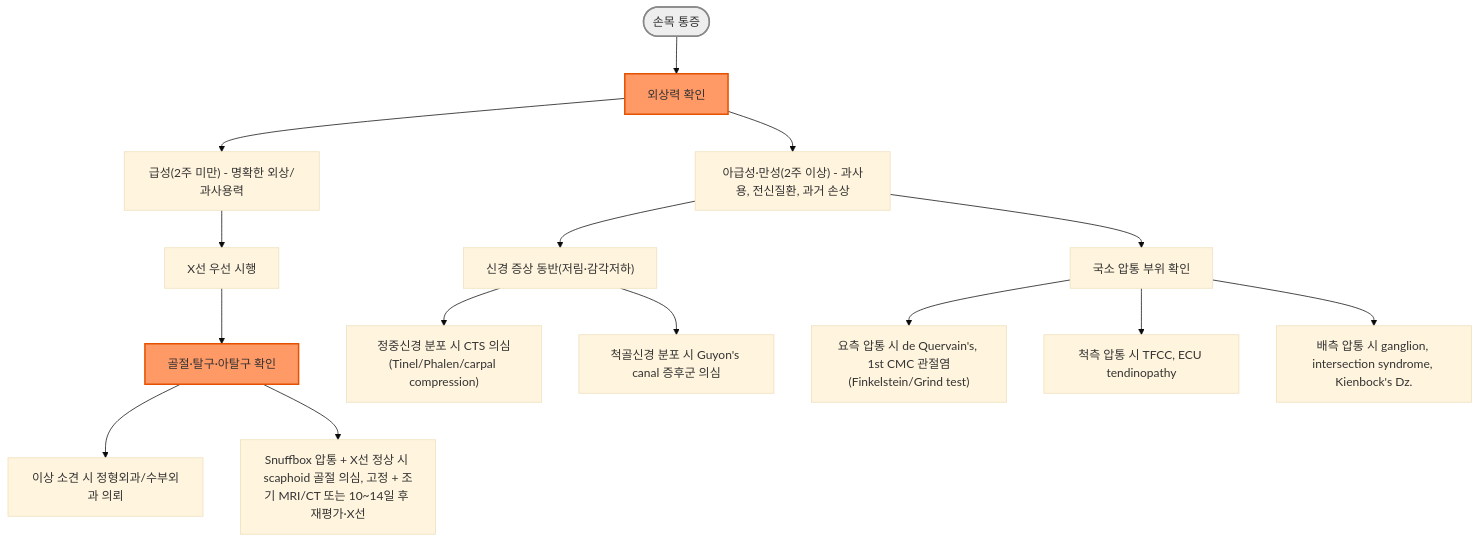
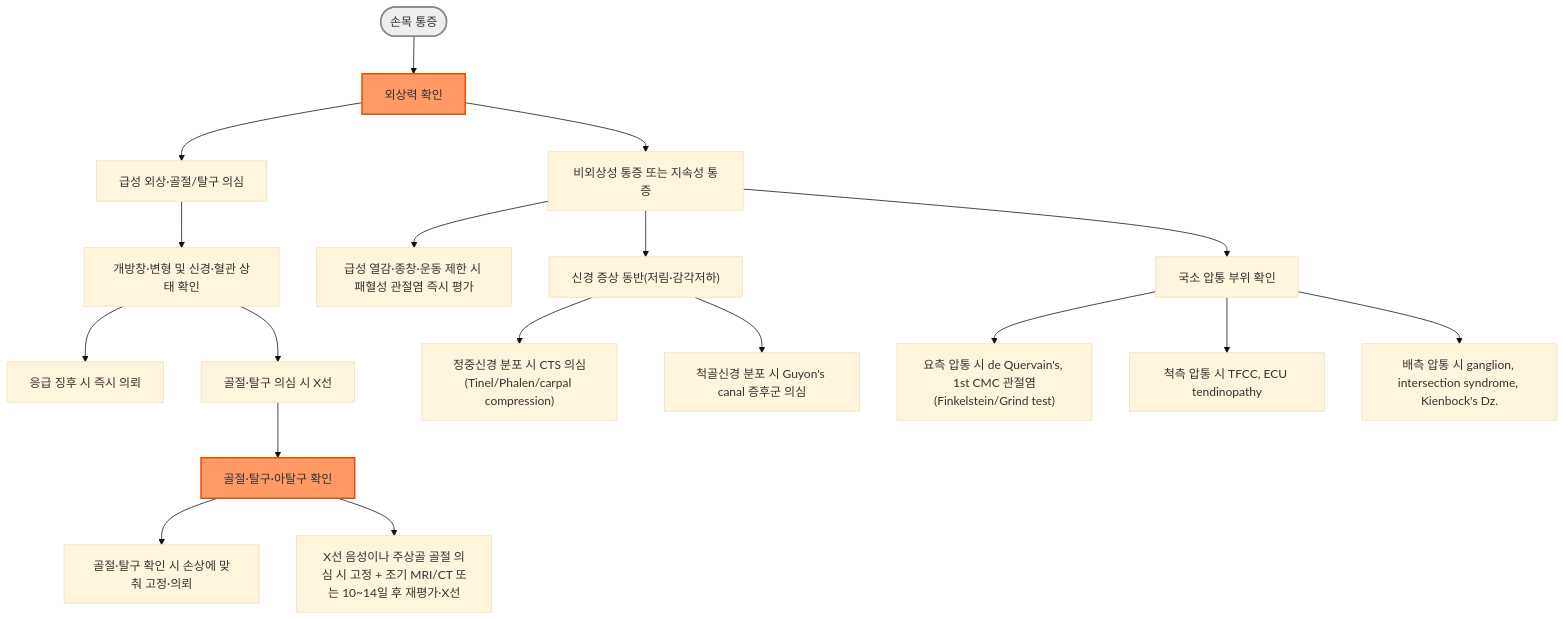
Before and after one commit to familyoh77/familyoh77: the diagram in 228_/141_-wrist-pain.md, drawn with Mermaid (base theme). The commit also changed other lines of this file, not shown here.

````diff
--- a/228_/141_-wrist-pain.md
+++ b/228_/141_-wrist-pain.md
@@ -186,21 +188,24 @@
 ```mermaid
 graph TD
     Start(["손목 통증"]) --> Trauma["외상력 확인"]
-    Trauma --> Acute["급성(2주 미만) - 명확한 외상/과사용력"]
-    Trauma --> Chronic["아급성·만성(2주 이상) - 과사용, 전신질환, 과거 손상"]
-    Acute --> XR["X선 우선 시행"]
+    Trauma --> Acute["급성 외상·골절/탈구 의심"]
+    Trauma --> Chronic["비외상성 통증 또는 지속성 통증"]
+    Acute --> NV["개방창·변형 및 신경·혈관 상태 확인"]
+    NV --> Emerg["응급 징후 시 즉시 의뢰"]
+    NV --> XR["골절·탈구 의심 시 X선"]
     XR --> FxCheck["골절·탈구·아탈구 확인"]
-    FxCheck --> Refer1["이상 소견 시 정형외과/수부외과 의뢰"]
-    FxCheck --> Snuffbox["Snuffbox 압통 + X선 정상 시 scaphoid 골절 의심, 고정 + 조기 MRI/CT 또는 10~14일 후 재평가·X선"]
+    FxCheck --> Refer1["골절·탈구 확인 시 손상에 맞춰 고정·의뢰"]
+    FxCheck --> Snuffbox["X선 음성이나 주상골 골절 의심 시 고정 + 조기 MRI/CT 또는 10~14일 후 재평가·X선"]
+    Chronic --> Hot["급성 열감·종창·운동 제한 시 패혈성 관절염 즉시 평가"]
     Chronic --> Neuro["신경 증상 동반(저림·감각저하)"]
     Chronic --> Local["국소 압통 부위 확인"]
     Neuro --> CTS["정중신경 분포 시 CTS 의심(Tinel/Phalen/carpal compression)"]
     Neuro --> Ulnar["척골신경 분포 시 Guyon's canal 증후군 의심"]
     Local --> Radial["요측 압통 시 de Quervain's, 1st CMC 관절염(Finkelstein/Grind test)"]
     Local --> UlnarSide["척측 압통 시 TFCC, ECU tendinopathy"]
     Local --> Dorsal["배측 압통 시 ganglion, intersection syndrome, Kienbock's Dz."]
     classDef startNode fill:#eeeeee,stroke:#888888,stroke-width:2px
     classDef mainNode fill:#f96,stroke:#e65100,stroke-width:2px
     class Start startNode
     class Trauma,FxCheck mainNode
 ```
````
